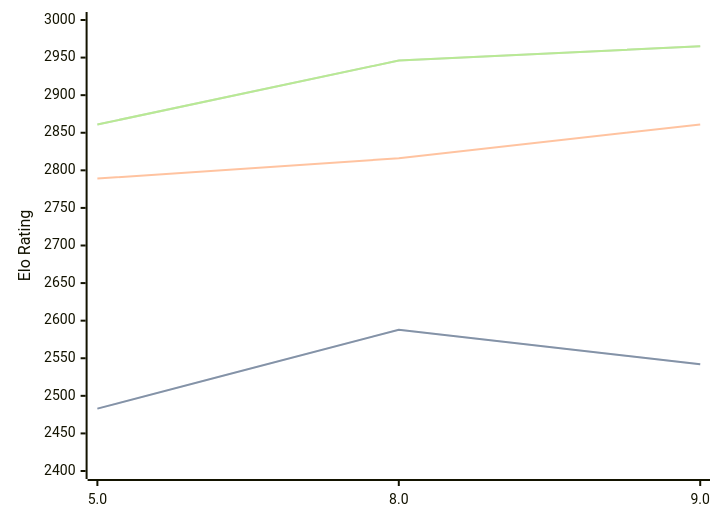
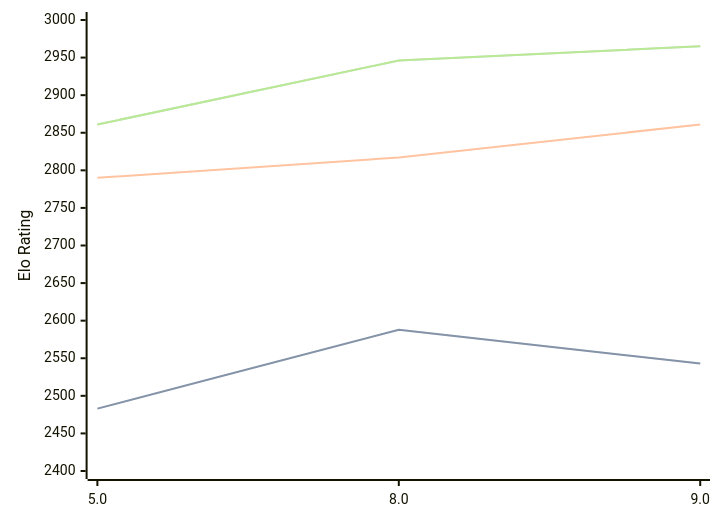
Before and after one commit to computer-chess-index/cci: the diagram in engines/4kc.md, drawn with Mermaid. The commit also changed other lines of this file, not shown here.

````diff
--- a/engines/4kc.md
+++ b/engines/4kc.md
@@ -33,11 +33,11 @@
 ```mermaid
 %%{init: {"theme":"base","themeVariables":{"seriesColors:['#a3a3a3','#222221','#faa371']}}}%%
 xychart-beta
   x-axis ["5.0", "8.0", "9.0"]
   y-axis "Elo Rating" 2400 --> 3000
-  line "" [2483, 2588, 2542]
-  line "STC (8.0+0.08s)" [2483, 2588, 2542]
-  line "LTC (60.0+0.60s)" [2789, 2816, 2861]
+  line "" [2483, 2588, 2543]
+  line "STC (8.0+0.08s)" [2483, 2588, 2543]
+  line "LTC (60.0+0.60s)" [2790, 2817, 2861]
   line "" [2861, 2946, 2965]
   line "VLTC (2m24s+1.12s)" [2861, 2946, 2965]
 ```
````
